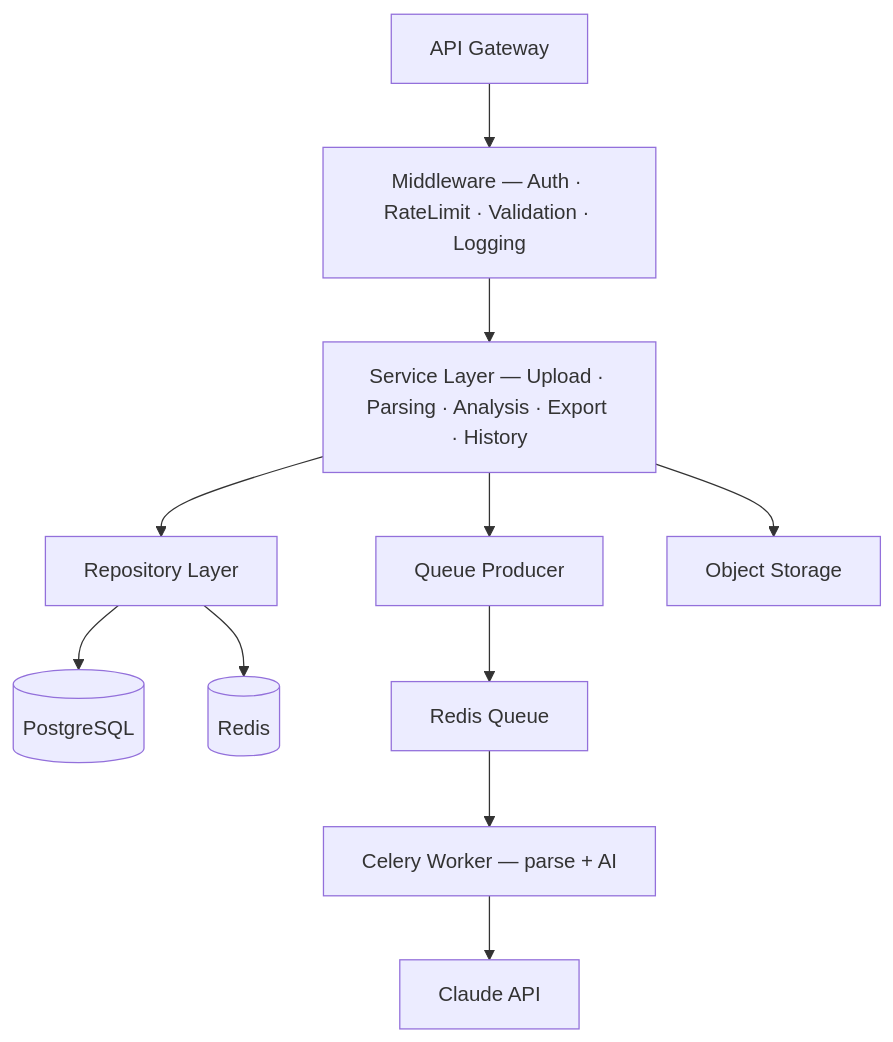
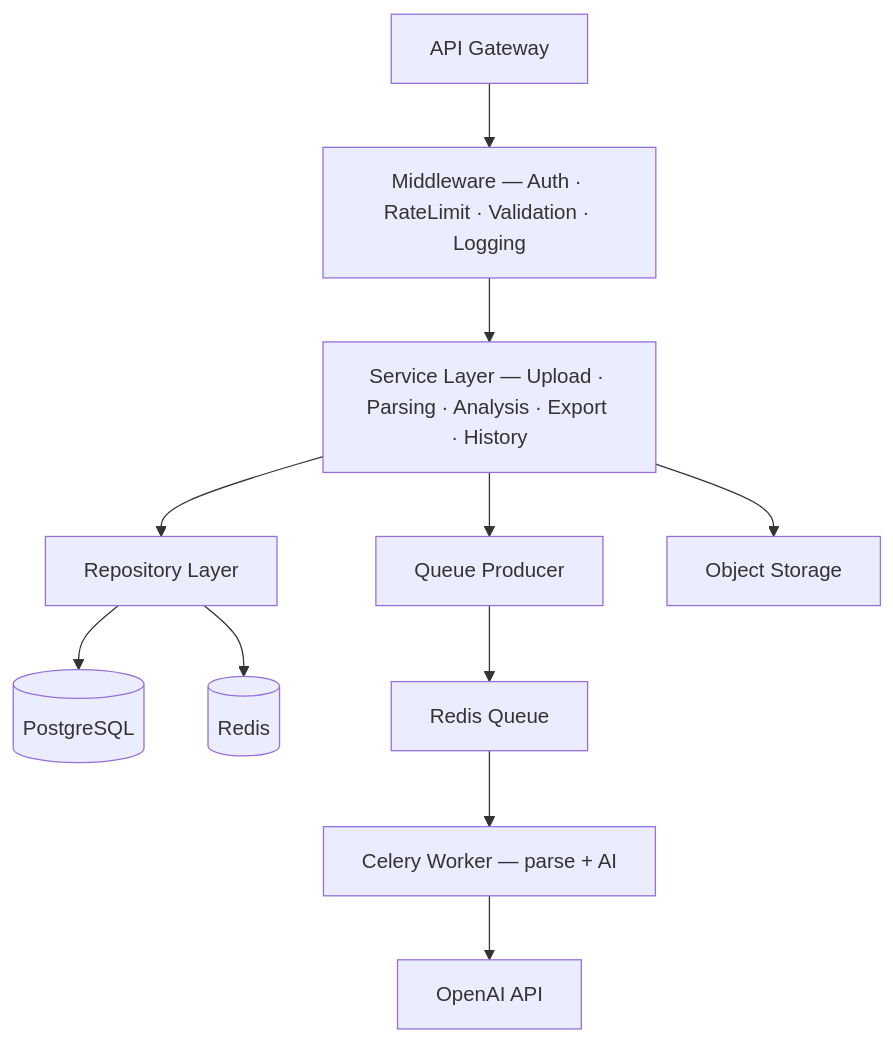
The third of 8 diagrams in docs/architecture.md (Bhuvann-dev/ResumeIQ), drawn with Mermaid before and after one commit. The commit also changed other lines of this file and 2 other files, not shown here.

First line of the commit message:
docs: align architecture and ADR-005 with the OpenAI swap

````diff
--- a/docs/architecture.md
+++ b/docs/architecture.md
@@ -88,11 +88,11 @@
 ```mermaid
 graph TD
     GW["API Gateway"] --> MW["Middleware — Auth · RateLimit · Validation · Logging"]
     MW --> SVC["Service Layer — Upload · Parsing · Analysis · Export · History"]
     SVC --> REPO["Repository Layer"]
     REPO --> DB[("PostgreSQL")]
     REPO --> CACHE[("Redis")]
     SVC --> QP["Queue Producer"] --> QUEUE["Redis Queue"] --> WORKER["Celery Worker — parse + AI"]
-    WORKER --> LLM["Claude API"]
+    WORKER --> LLM["OpenAI API"]
     SVC --> BLOB["Object Storage"]
 ```
````
